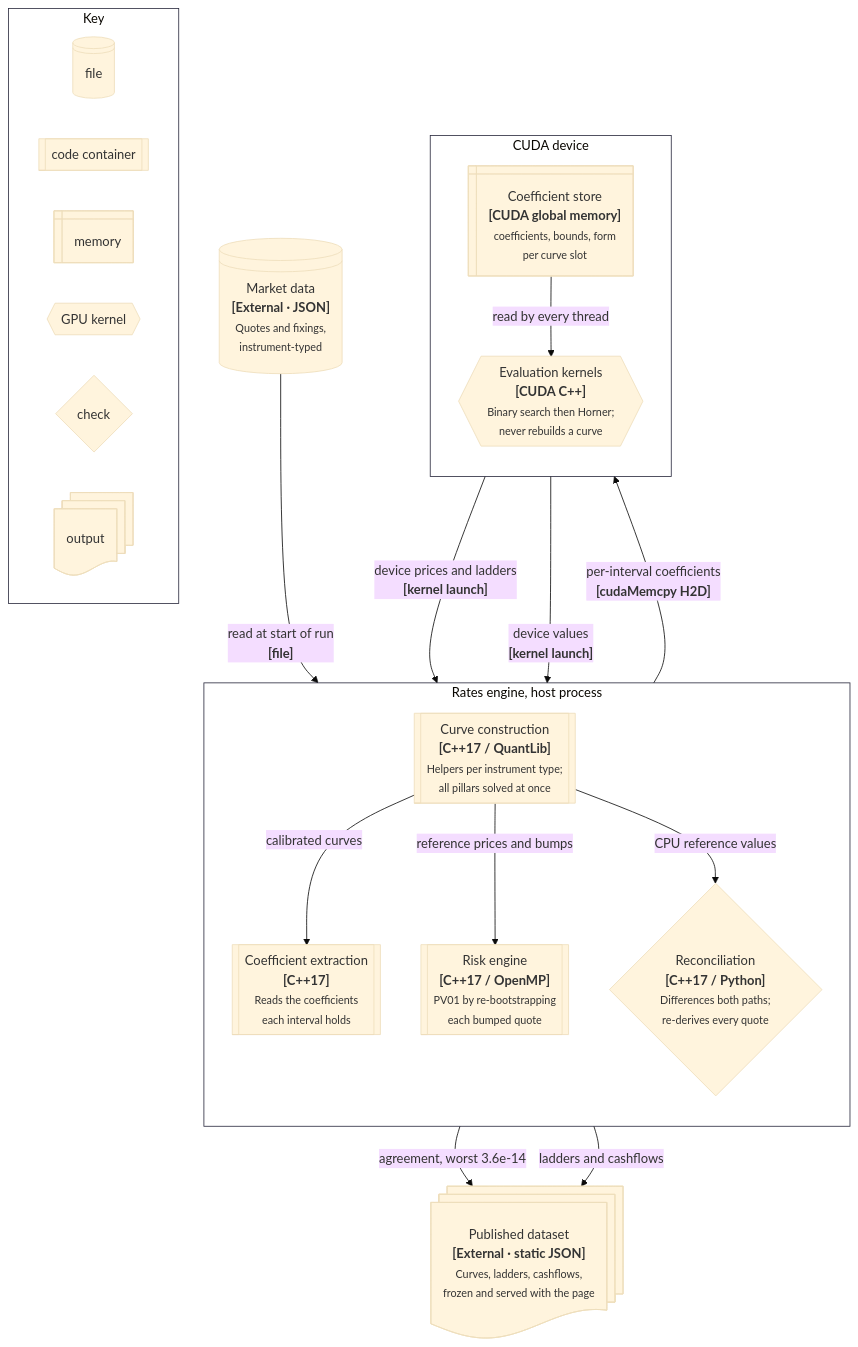
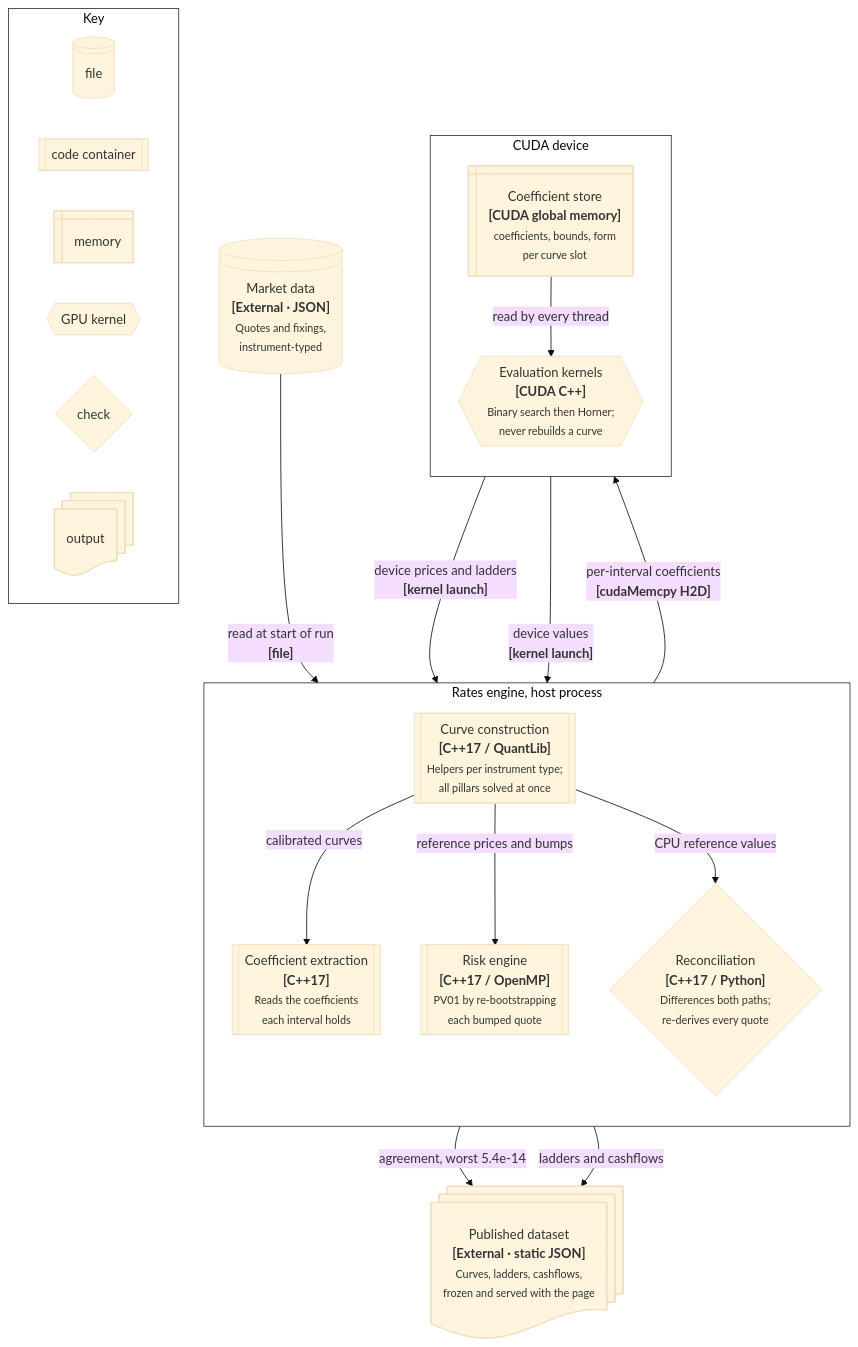
One commit to jrwglover/portfolio changed the diagram in src/components/dashboards/curve_model/diagrams/c4-container.mmd. Above: the diagram before and after it, drawn with Mermaid (base theme). The commit also changed 20 other files, not shown here.

```diff
--- a/src/components/dashboards/curve_model/diagrams/c4-container.mmd
+++ b/src/components/dashboards/curve_model/diagrams/c4-container.mmd
@@ -1,52 +1,52 @@
 %% C4 Level 2: Container.
 %% Every element carries name, [type: technology] and a description; every
 %% relationship is labelled with intent, and those crossing the process or
 %% device boundary also name the protocol. Shapes are secondary to the labels
 %% and are explained in the key.
 %% .
-%% Deliberately not one container per source file: the thirteen term structures are
+%% Deliberately not one container per source file: the fourteen term structures are
 %% process state rather than a container, and the CSV/JSON outputs are one
 %% dataset. An earlier version listed both and laid out 4613px wide, which is
 %% not readable on a page.
 flowchart TB
   MD@{ shape: lin-cyl, label: "Market data<br/><b>[External · JSON]</b><br/><small>Quotes and fixings,<br/>instrument-typed</small>" }
 
   subgraph HOST["Rates engine, host process"]
     direction TB
     BOOT@{ shape: subproc, label: "Curve construction<br/><b>[C++17 / QuantLib]</b><br/><small>Helpers per instrument type;<br/>all pillars solved at once</small>" }
     COEF@{ shape: subproc, label: "Coefficient extraction<br/><b>[C++17]</b><br/><small>Reads the coefficients<br/>each interval holds</small>" }
     RISK@{ shape: subproc, label: "Risk engine<br/><b>[C++17 / OpenMP]</b><br/><small>PV01 by re-bootstrapping<br/>each bumped quote</small>" }
     RECON@{ shape: diam, label: "Reconciliation<br/><b>[C++17 / Python]</b><br/><small>Differences both paths;<br/>re-derives every quote</small>" }
   end
 
   subgraph DEV["CUDA device"]
     direction TB
     CMEM@{ shape: win-pane, label: "Coefficient store<br/><b>[CUDA global memory]</b><br/><small>coefficients, bounds, form<br/>per curve slot</small>" }
     KERN@{ shape: hex, label: "Evaluation kernels<br/><b>[CUDA C++]</b><br/><small>Binary search then Horner;<br/>never rebuilds a curve</small>" }
   end
 
   PUB@{ shape: docs, label: "Published dataset<br/><b>[External · static JSON]</b><br/><small>Curves, ladders, cashflows,<br/>frozen and served with the page</small>" }
 
   MD -->|"read at start of run<br/><b>[file]</b>"| BOOT
   BOOT -->|"calibrated curves"| COEF
   BOOT -->|"reference prices and bumps"| RISK
   BOOT -->|"CPU reference values"| RECON
   COEF -->|"per-interval coefficients<br/><b>[cudaMemcpy H2D]</b>"| CMEM
   CMEM -->|"read by every thread"| KERN
   KERN -->|"device prices and ladders<br/><b>[kernel launch]</b>"| RISK
   KERN -->|"device values<br/><b>[kernel launch]</b>"| RECON
-  RECON -->|"agreement, worst 3.6e-14"| PUB
+  RECON -->|"agreement, worst 5.4e-14"| PUB
   RISK -->|"ladders and cashflows"| PUB
 
   subgraph KEY[" Key "]
     direction LR
     K1@{ shape: lin-cyl, label: "file" }
     K2@{ shape: subproc, label: "code container" }
     K3@{ shape: win-pane, label: "memory" }
     K4@{ shape: hex, label: "GPU kernel" }
     K5@{ shape: diam, label: "check" }
     K6@{ shape: docs, label: "output" }
   end
 
   classDef bnd fill:none,stroke:#2a2a3e
   class HOST,DEV,KEY bnd
```
